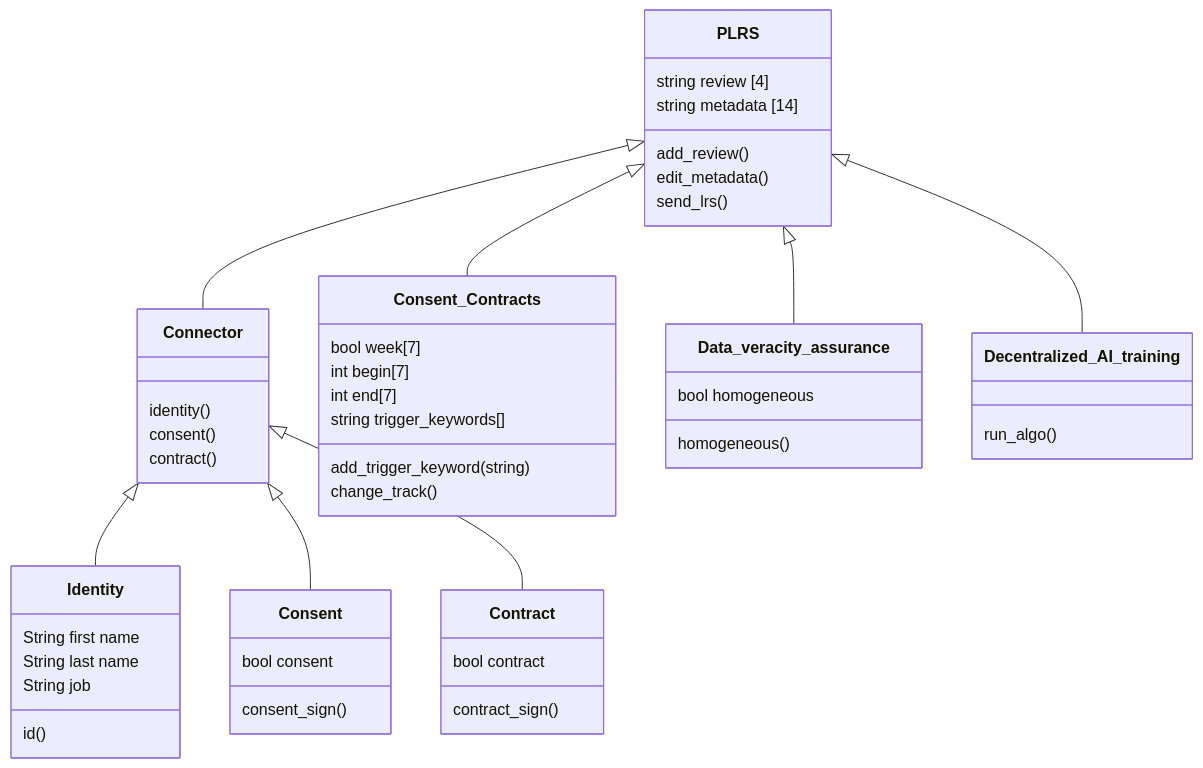
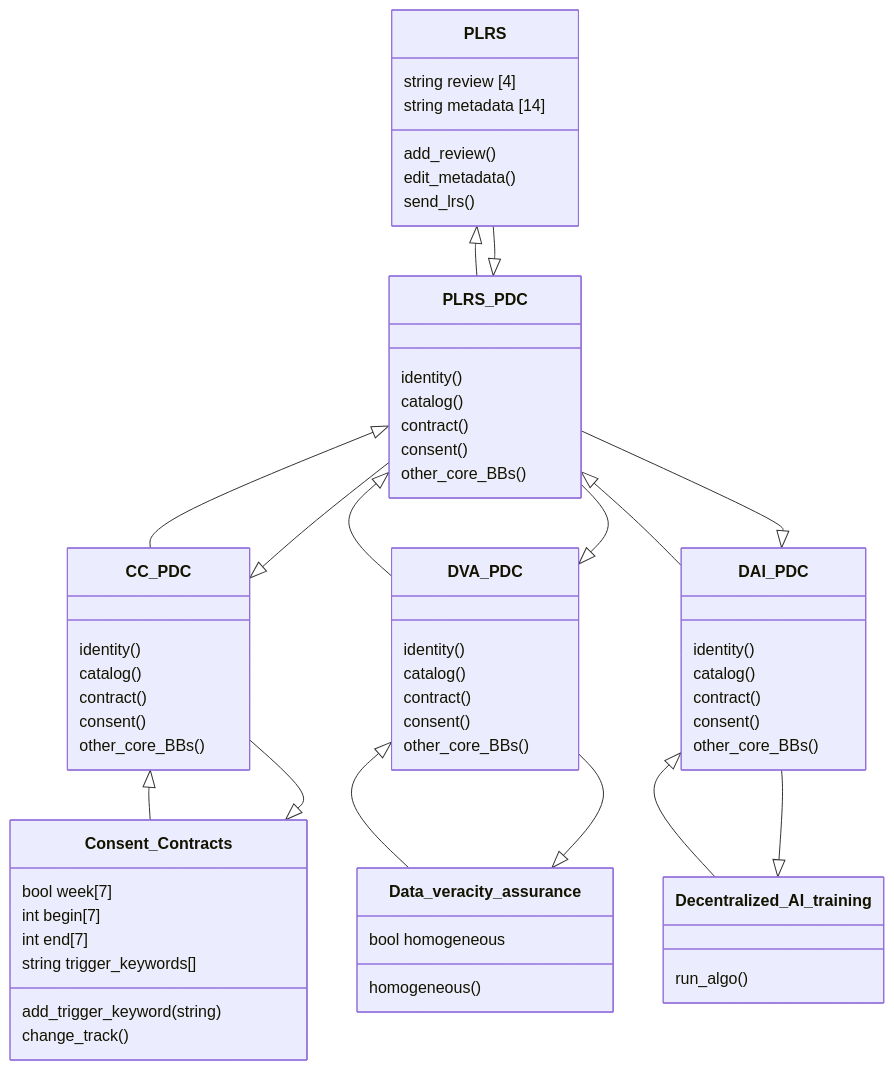
Before and after one commit to Prometheus-X-association/lrs-gateway: the second of 5 diagrams in readme.md, drawn with Mermaid. The commit also changed other lines of this file, not shown here.

````diff
--- a/readme.md
+++ b/readme.md
@@ -437,49 +659,65 @@
 ```mermaid
 classDiagram
-   PLRS <|-- Connector
-   PLRS <|-- Consent_Contracts
-   PLRS <|-- Data_veracity_assurance
-   PLRS <|-- Decentralized_AI_training
-   Connector <|-- Identity
-   Connector <|-- Consent
-   Connector <|-- Contract
+   PLRS <|-- PLRS_PDC
+   PLRS_PDC <|-- PLRS
+   CC_PDC <|-- Consent_Contracts
+   Consent_Contracts <|-- CC_PDC
+   DVA_PDC <|-- Data_veracity_assurance
+   Data_veracity_assurance <|-- DVA_PDC 
+   DAI_PDC <|-- Decentralized_AI_training
+   Decentralized_AI_training <|-- DAI_PDC
+   PLRS_PDC <|-- CC_PDC
+   CC_PDC <|-- PLRS_PDC
+   PLRS_PDC <|-- DVA_PDC
+   DVA_PDC <|-- PLRS_PDC
+   PLRS_PDC <|-- DAI_PDC
+   DAI_PDC <|-- PLRS_PDC
    PLRS: string review [4]
    PLRS: string metadata [14]
    PLRS: add_review()
    PLRS: edit_metadata()
    PLRS: send_lrs()
-   class Connector{
+   class PLRS_PDC{
      identity()
+     catalog()
+     contract()
      consent()
+     other_core_BBs()
+   }
+   class CC_PDC{
+     identity()
+     catalog()
      contract()
+     consent()
+     other_core_BBs()
    }
-   class Consent{
-     bool consent
-     consent_sign()
+   class DVA_PDC{
+     identity()
+     catalog()
+     contract()
+     consent()
+     other_core_BBs()
    }
-   class Identity{
-     String first name
-     String last name
-     String job
-     id()
-   }
-   class Contract{
-     bool contract
-     contract_sign()
+   class DAI_PDC{
+     identity()
+     catalog()
+     contract()
+     consent()
+     other_core_BBs()
    }
    class Consent_Contracts{
      bool week[7]
      int begin[7]
      int end[7]
      string trigger_keywords[]
      add_trigger_keyword(string)
      change_track()
    }
    class Data_veracity_assurance{
      bool homogeneous
      homogeneous()
    }
    class Decentralized_AI_training{
      run_algo()
    }
 ```
````
